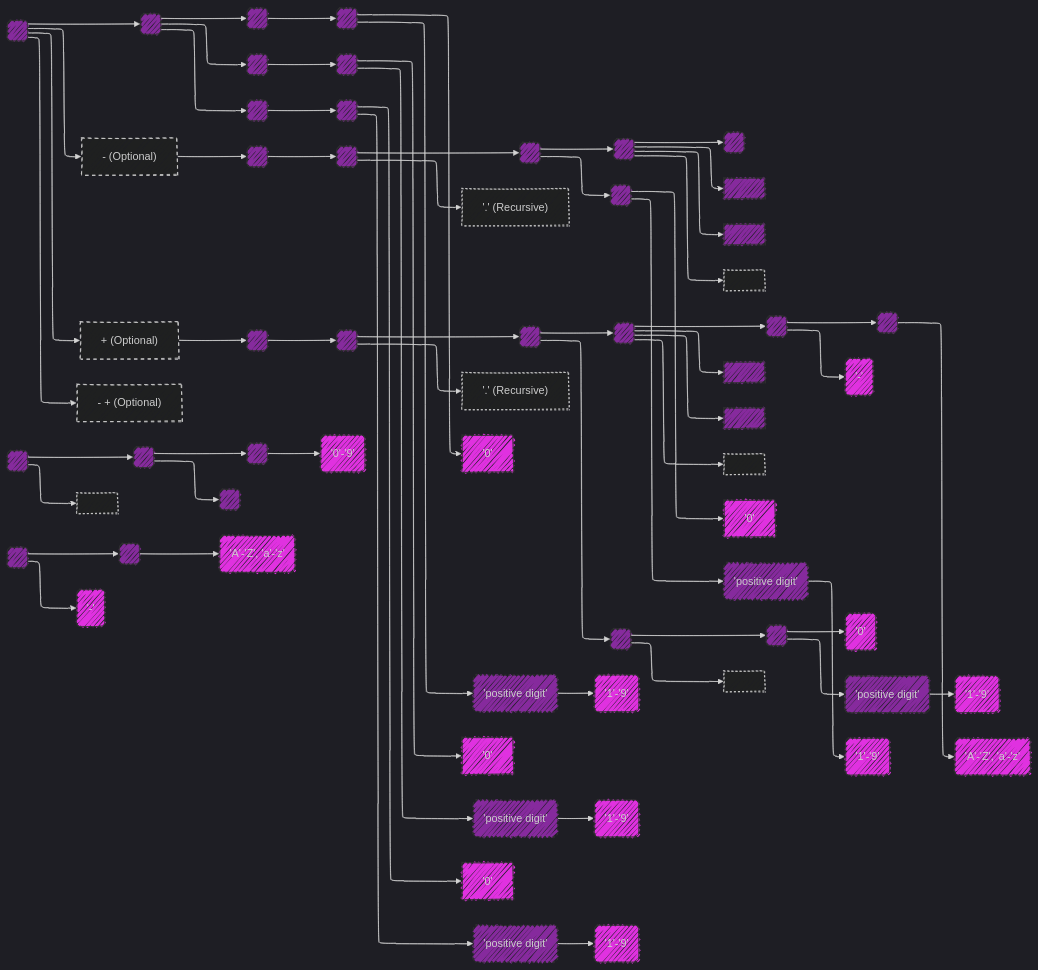
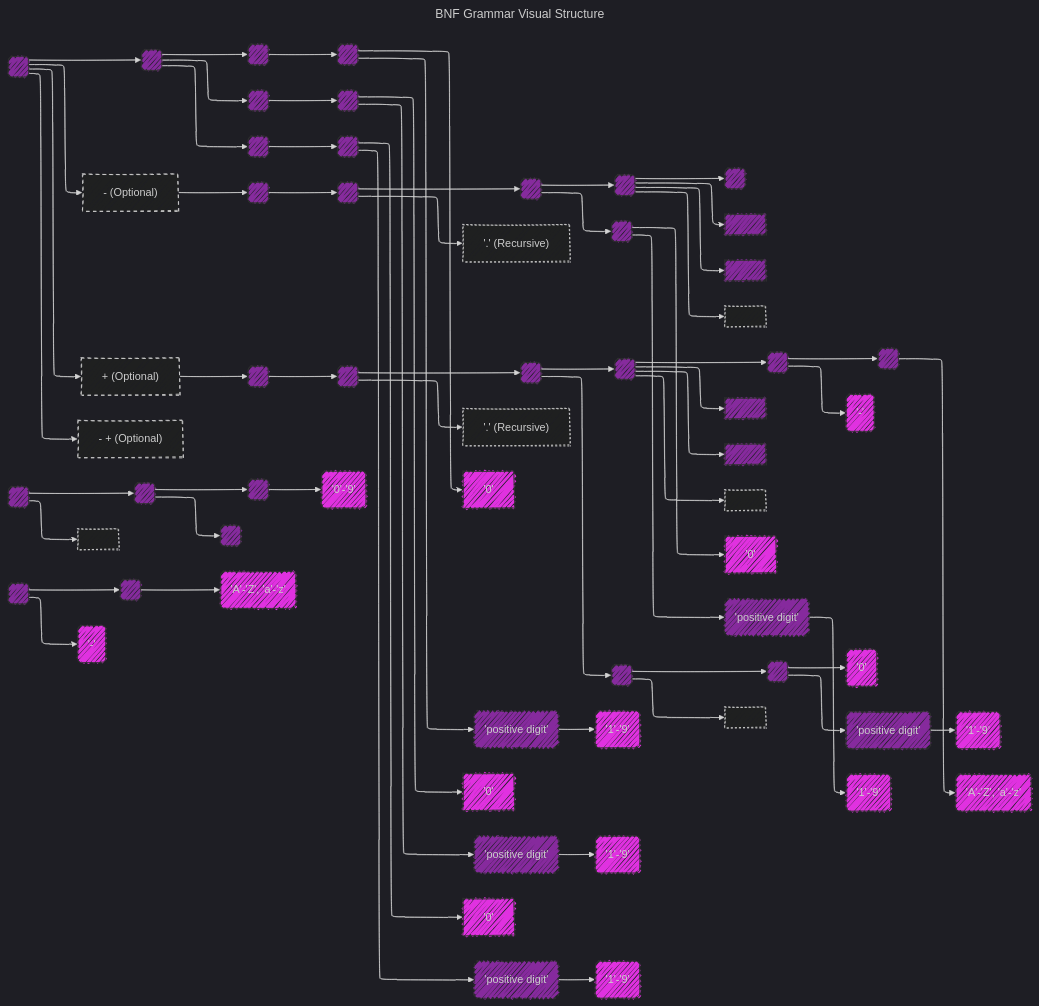
The fourth of 5 diagrams in Semantic_Versioning/Semantic_Versioning_2_in_Mermaid_V2.md (CongLeSolutionX/iOS-development-vault), drawn with Mermaid before and after one commit. The commit also changed other lines of this file and 6 other files, not shown here.

````diff
--- a/Semantic_Versioning/Semantic_Versioning_2_in_Mermaid_V2.md
+++ b/Semantic_Versioning/Semantic_Versioning_2_in_Mermaid_V2.md
@@ -300,5 +301,6 @@
 ```mermaid
 ---
+title: BNF Grammar Visual Structure
 config:
   layout: elk
   look: handDrawn
````
